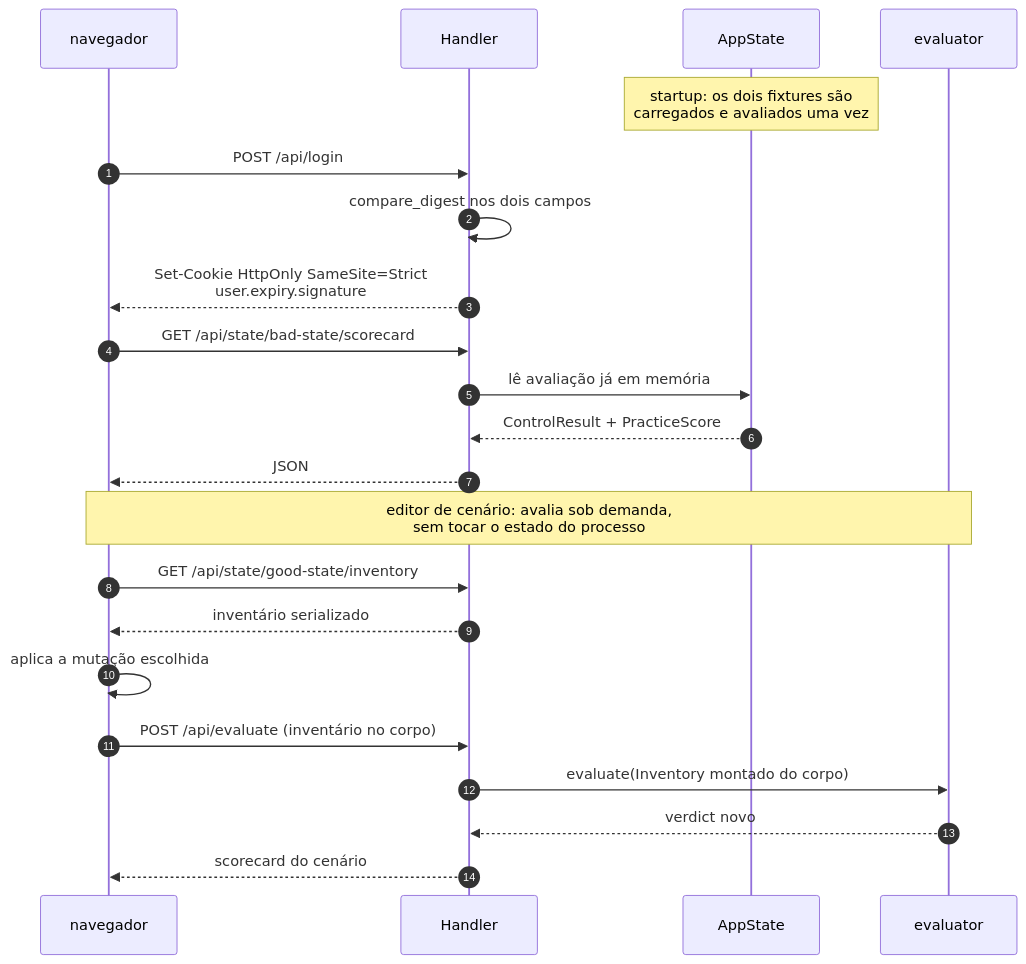
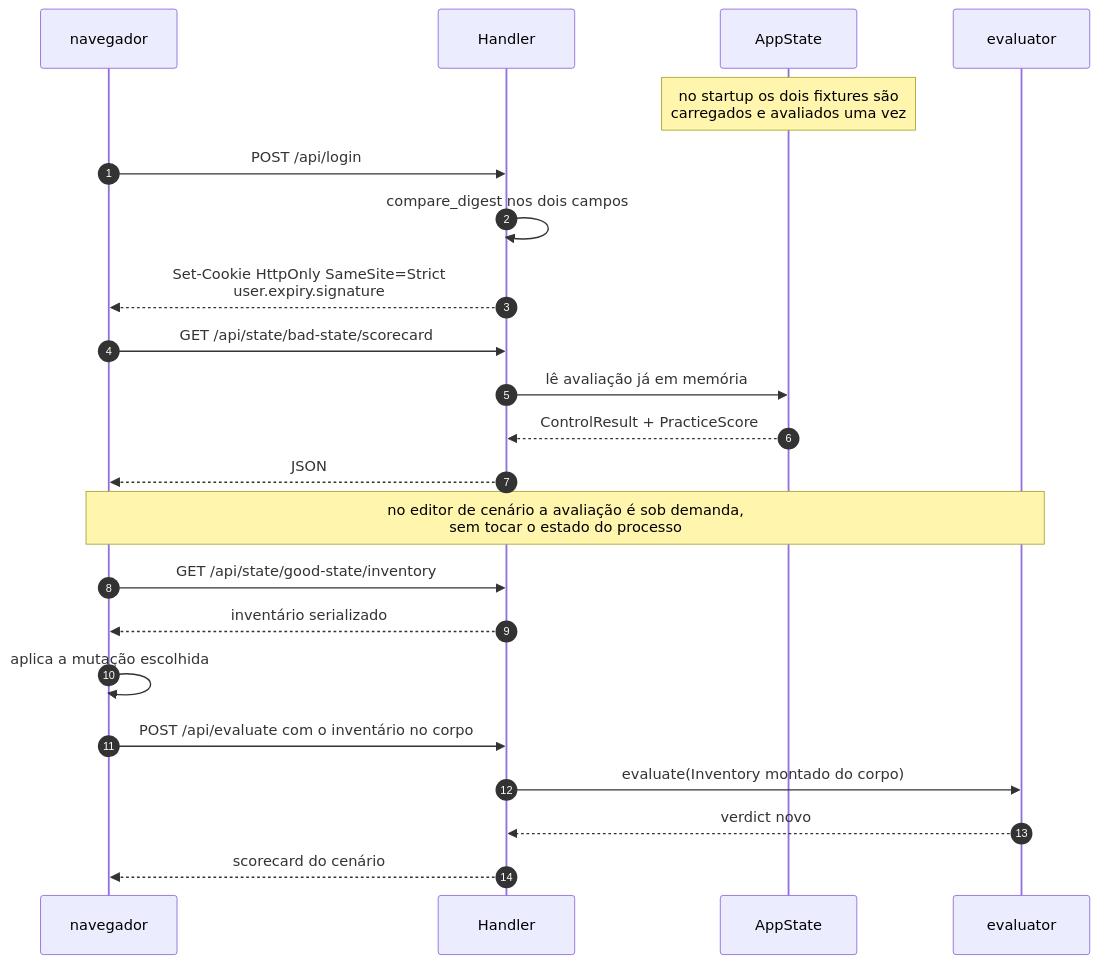
One commit to JulianoVinceCampos/observability-governance-lab changed the second of 2 diagrams in docs/componentes.md. Above: the diagram before and after it, drawn with Mermaid. The commit also changed other lines of this file and 1 other file, not shown here.

````diff
--- a/docs/componentes.md
+++ b/docs/componentes.md
@@ -61,26 +65,26 @@
 ```mermaid
 sequenceDiagram
     autonumber
     participant B as navegador
     participant H as Handler
     participant A as AppState
     participant E as evaluator
 
-    Note over A: startup: os dois fixtures são<br/>carregados e avaliados uma vez
+    Note over A: no startup os dois fixtures são<br/>carregados e avaliados uma vez
     B->>H: POST /api/login
     H->>H: compare_digest nos dois campos
     H-->>B: Set-Cookie HttpOnly SameSite=Strict<br/>user.expiry.signature
     B->>H: GET /api/state/bad-state/scorecard
     H->>A: lê avaliação já em memória
     A-->>H: ControlResult + PracticeScore
     H-->>B: JSON
 
-    Note over B,E: editor de cenário: avalia sob demanda,<br/>sem tocar o estado do processo
+    Note over B,E: no editor de cenário a avaliação é sob demanda,<br/>sem tocar o estado do processo
     B->>H: GET /api/state/good-state/inventory
     H-->>B: inventário serializado
     B->>B: aplica a mutação escolhida
-    B->>H: POST /api/evaluate (inventário no corpo)
+    B->>H: POST /api/evaluate com o inventário no corpo
     H->>E: evaluate(Inventory montado do corpo)
     E-->>H: verdict novo
     H-->>B: scorecard do cenário
 ```
````
